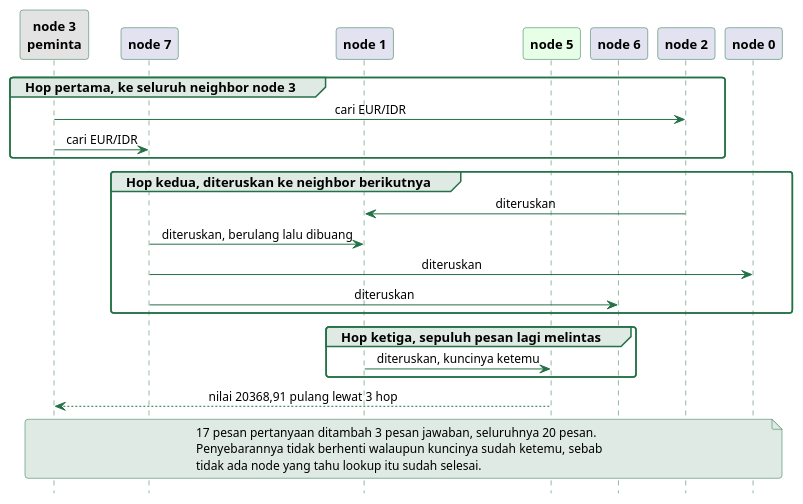
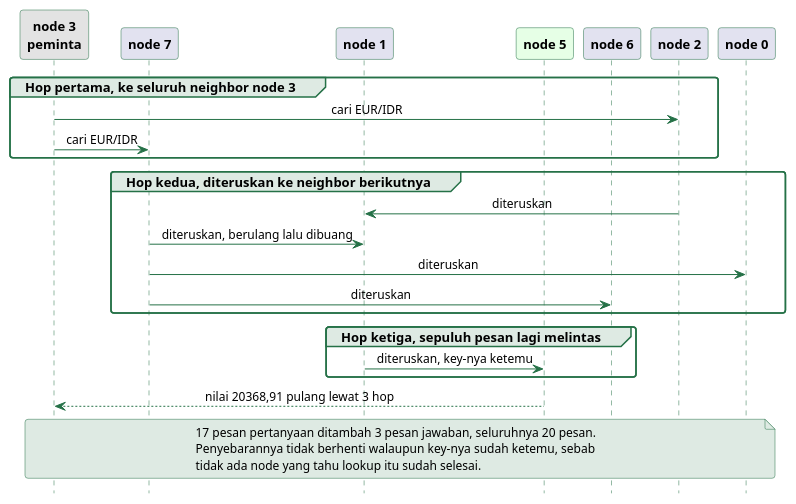
One commit to alfa-yohannis/software-architecture changed the diagram in sources/chapter07/diagram/sekuens-p2p-unstructured.puml. Above: the diagram before and after it, drawn with PlantUML. The commit also changed other lines of this file and 20 other files, not shown here.

```diff
--- a/sources/chapter07/diagram/sekuens-p2p-unstructured.puml
+++ b/sources/chapter07/diagram/sekuens-p2p-unstructured.puml
@@ -15,60 +15,60 @@
 @startuml
 skinparam backgroundColor transparent
 skinparam defaultFontName Titillium Web
 skinparam defaultFontSize 13
 skinparam shadowing false
 skinparam roundCorner 6
 skinparam sequenceMessageAlignment center
 skinparam sequence {
   ArrowColor #257147
   ArrowFontSize 12
   LifeLineBorderColor #257147
   LifeLineBackgroundColor #DEEAE3
   ParticipantBorderColor #257147
   ParticipantFontColor black
   ParticipantFontSize 13
   ParticipantFontStyle bold
   GroupBackgroundColor #DEEAE3
   GroupBorderColor #257147
   DividerBackgroundColor #DEEAE3
   DividerBorderColor #257147
 }
 skinparam note {
   BackgroundColor #DEEAE3
   BorderColor #257147
   FontSize 12
 }
 hide footbox
 
 participant "node 3\npeminta" as P3 #E3E3E3
 participant "node 7" as P7
 participant "node 1" as P1
 participant "node 5" as P5 #E6FFE6
 participant "node 6" as P6
 participant "node 2" as P2
 participant "node 0" as P0
 
 group Hop pertama, ke seluruh neighbor node 3
   P3 -> P2 : cari EUR/IDR
   P3 -> P7 : cari EUR/IDR
 end
 
 group Hop kedua, diteruskan ke neighbor berikutnya
   P2 -> P1 : diteruskan
   P7 -> P1 : diteruskan, berulang lalu dibuang
   P7 -> P0 : diteruskan
   P7 -> P6 : diteruskan
 end
 
 group Hop ketiga, sepuluh pesan lagi melintas
-  P1 -> P5 : diteruskan, kuncinya ketemu
+  P1 -> P5 : diteruskan, key-nya ketemu
 end
 
 P5 --> P3 : nilai 20368,91 pulang lewat 3 hop
 
 note over P3, P0
   17 pesan pertanyaan ditambah 3 pesan jawaban, seluruhnya 20 pesan.
-  Penyebarannya tidak berhenti walaupun kuncinya sudah ketemu, sebab
+  Penyebarannya tidak berhenti walaupun key-nya sudah ketemu, sebab
   tidak ada node yang tahu lookup itu sudah selesai.
 end note
 @enduml
```
